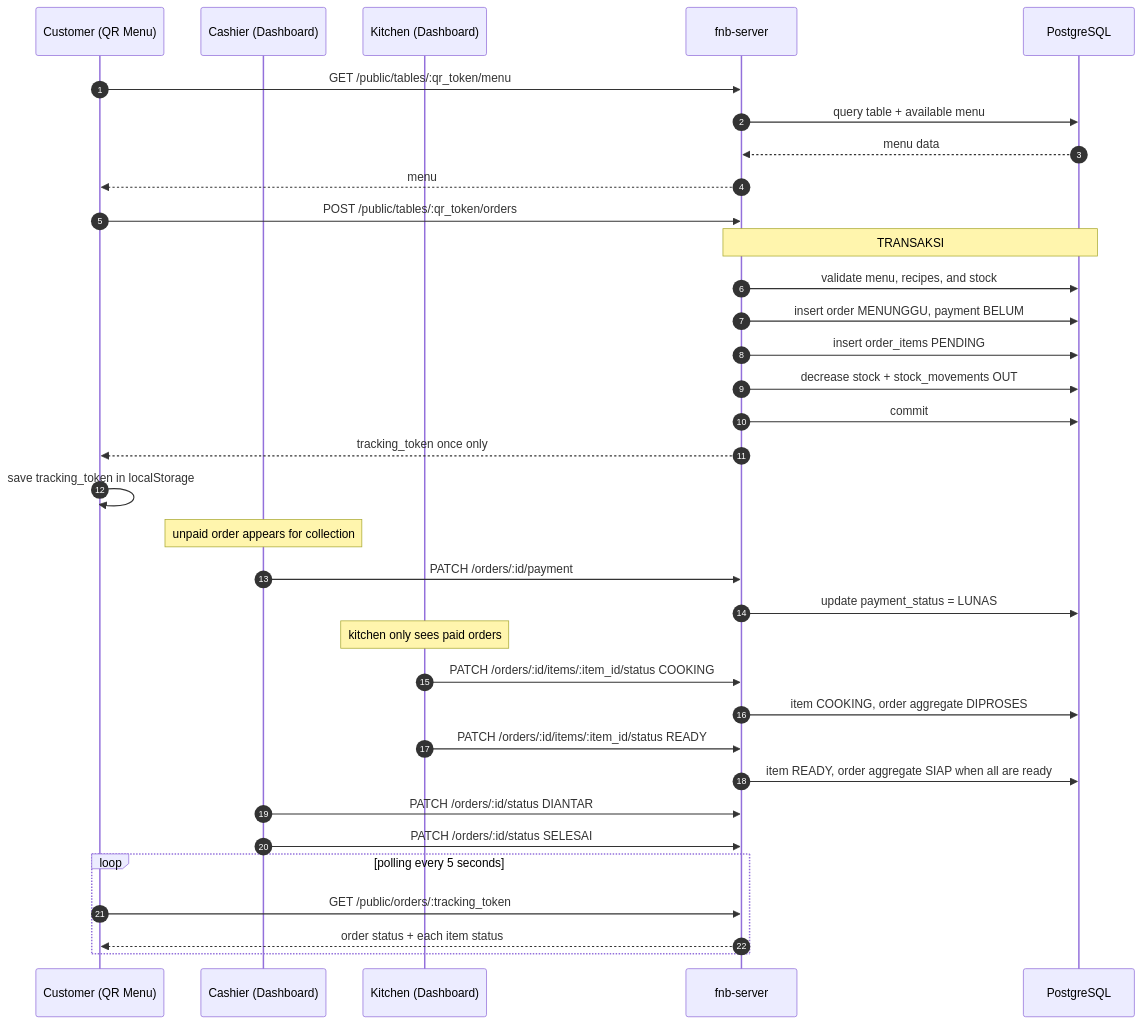
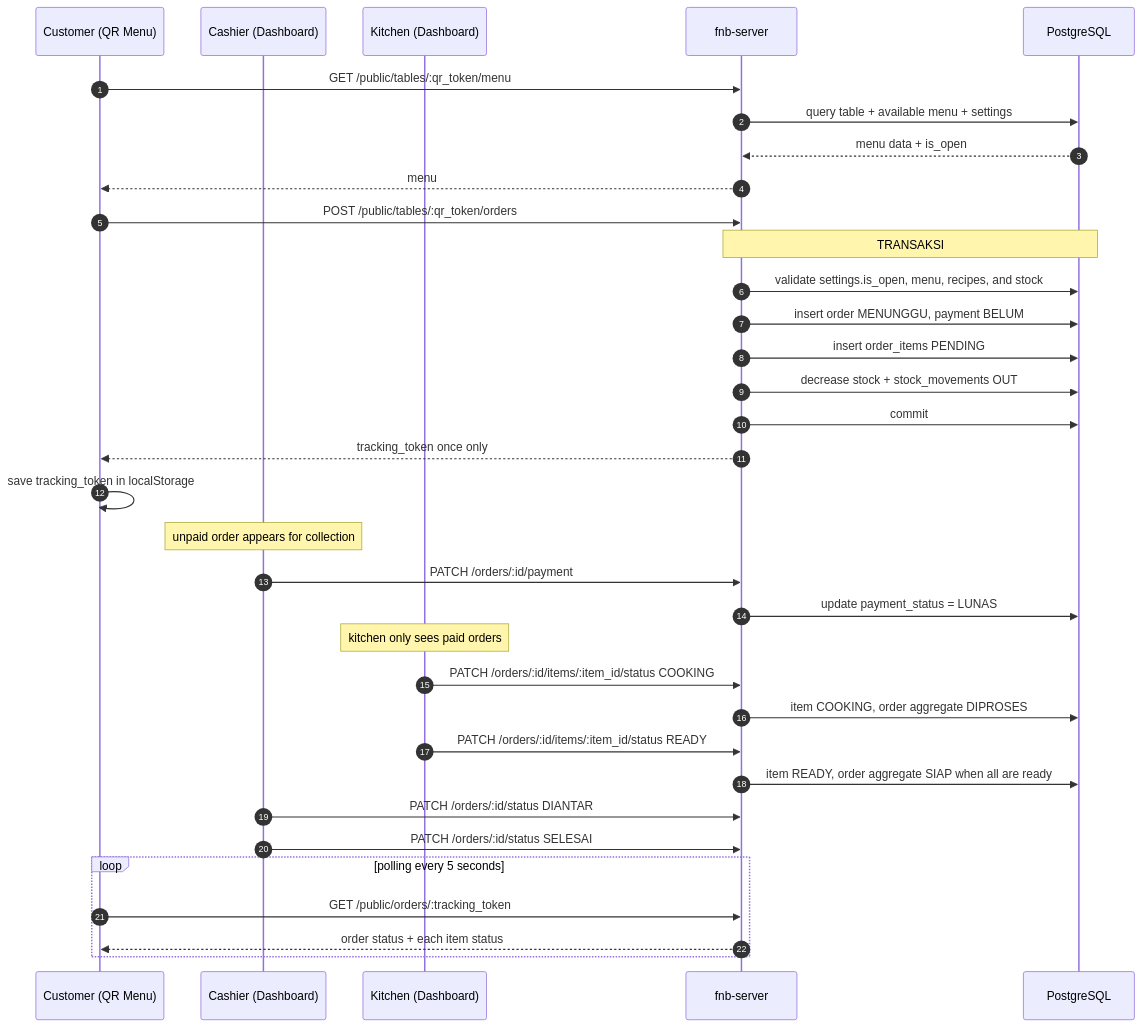
The second of 5 diagrams in fnb-server/docs/flow.md (darmawandoni6/fnb-app), drawn with Mermaid before and after one commit. The commit also changed other lines of this file and 32 other files, not shown here.

````diff
--- a/fnb-server/docs/flow.md
+++ b/fnb-server/docs/flow.md
@@ -29,42 +29,42 @@
 ```mermaid
 sequenceDiagram
     autonumber
     participant C as Customer (QR Menu)
     participant K as Cashier (Dashboard)
     participant D as Kitchen (Dashboard)
     participant API as fnb-server
     participant DB as PostgreSQL
 
     C->>API: GET /public/tables/:qr_token/menu
-    API->>DB: query table + available menu
-    DB-->>API: menu data
+    API->>DB: query table + available menu + settings
+    DB-->>API: menu data + is_open
     API-->>C: menu
 
     C->>API: POST /public/tables/:qr_token/orders
     Note over API,DB: TRANSAKSI
-    API->>DB: validate menu, recipes, and stock
+    API->>DB: validate settings.is_open, menu, recipes, and stock
     API->>DB: insert order MENUNGGU, payment BELUM
     API->>DB: insert order_items PENDING
     API->>DB: decrease stock + stock_movements OUT
     API->>DB: commit
     API-->>C: tracking_token once only
     C->>C: save tracking_token in localStorage
 
     Note over K: unpaid order appears for collection
     K->>API: PATCH /orders/:id/payment
     API->>DB: update payment_status = LUNAS
 
     Note over D: kitchen only sees paid orders
     D->>API: PATCH /orders/:id/items/:item_id/status COOKING
     API->>DB: item COOKING, order aggregate DIPROSES
     D->>API: PATCH /orders/:id/items/:item_id/status READY
     API->>DB: item READY, order aggregate SIAP when all are ready
 
     K->>API: PATCH /orders/:id/status DIANTAR
     K->>API: PATCH /orders/:id/status SELESAI
 
     loop polling every 5 seconds
         C->>API: GET /public/orders/:tracking_token
         API-->>C: order status + each item status
     end
 ```
````
